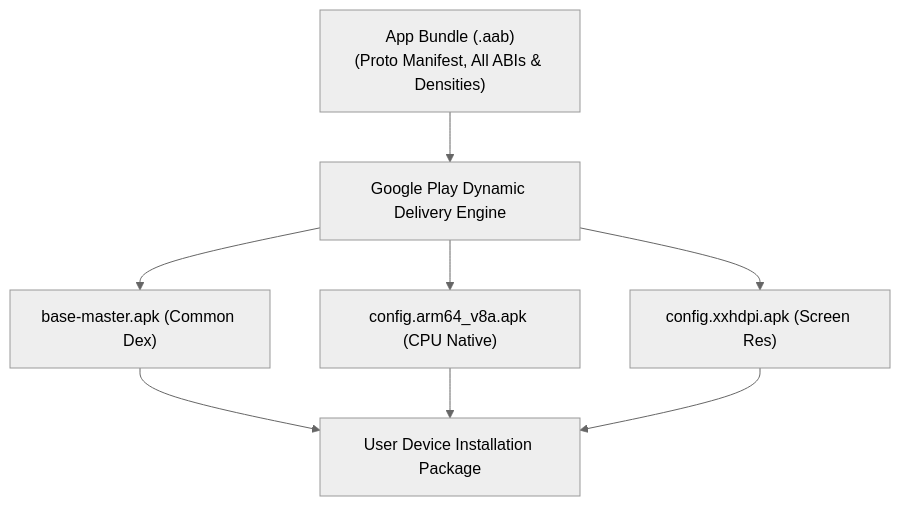
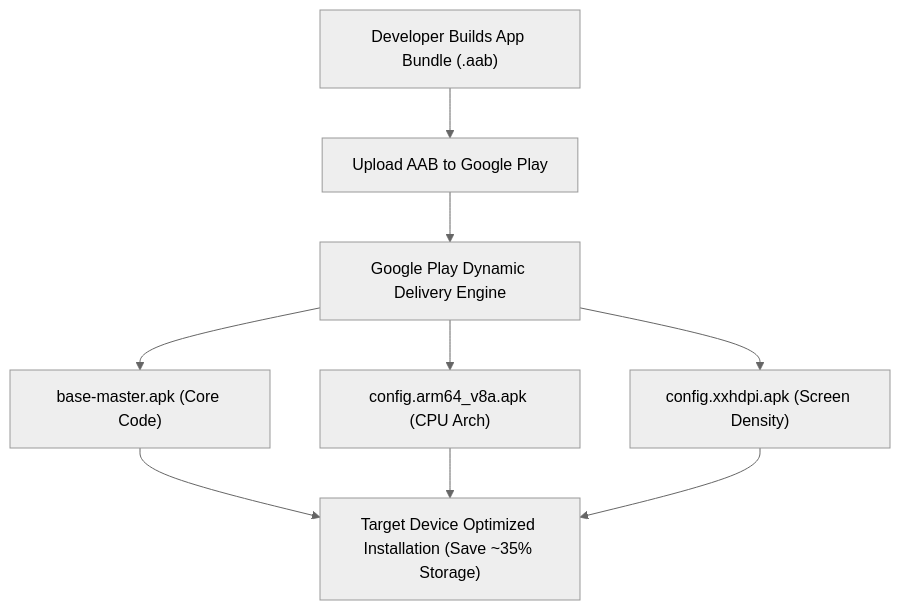
The diagram in 01_inbox/mobile/android/03_packaging_deployment/distribution/release-distribution-contracts/aab-is-publishing-artifact-for-play-generated-apks.md (youngmin-gwon/what-i-studied), drawn with Mermaid (neutral theme) before and after one commit. The commit also changed other lines of this file and 134 other files, not shown here.

````diff
--- a/01_inbox/mobile/android/03_packaging_deployment/distribution/release-distribution-contracts/aab-is-publishing-artifact-for-play-generated-apks.md
+++ b/01_inbox/mobile/android/03_packaging_deployment/distribution/release-distribution-contracts/aab-is-publishing-artifact-for-play-generated-apks.md
@@ -20,12 +27,9 @@
 ```mermaid
 flowchart TD
-    AAB["App Bundle (.aab)
-(Proto Manifest, All ABIs & Densities)"] --> DynamicDelivery["Google Play Dynamic Delivery Engine"]
-    DynamicDelivery --> BaseAPK["base-master.apk (Common Dex)"]
-    DynamicDelivery --> ABIAPK["config.arm64_v8a.apk (CPU Native)"]
-    DynamicDelivery --> DensityAPK["config.xxhdpi.apk (Screen Res)"]
-    
-    BaseAPK --> UserDevice["User Device Installation Package"]
-    ABIAPK --> UserDevice
-    DensityAPK --> UserDevice
+    DevBuild["Developer Builds App Bundle (.aab)"] --> Upload["Upload AAB to Google Play"]
+    Upload --> PlayDynamic["Google Play Dynamic Delivery Engine"]
+    PlayDynamic --> BaseAPK["base-master.apk (Core Code)"]
+    PlayDynamic --> ArchAPK["config.arm64_v8a.apk (CPU Arch)"]
+    PlayDynamic --> DensityAPK["config.xxhdpi.apk (Screen Density)"]
+    BaseAPK & ArchAPK & DensityAPK --> Installation["Target Device Optimized Installation (Save ~35% Storage)"]
 ```
````
